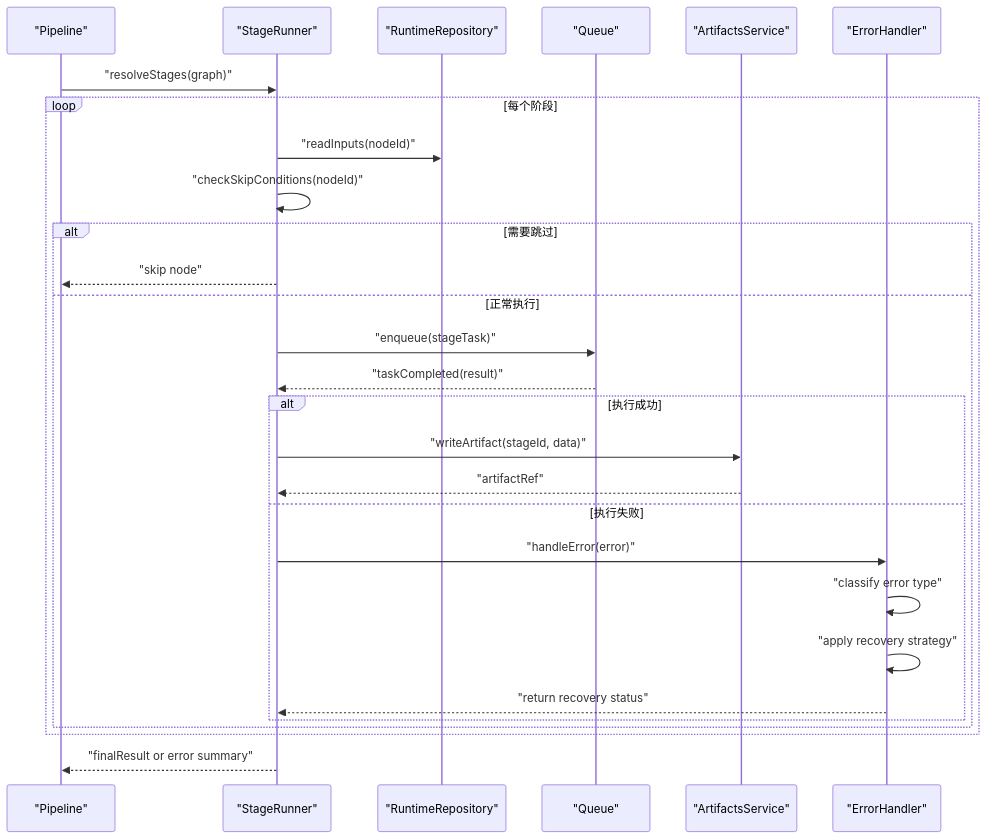
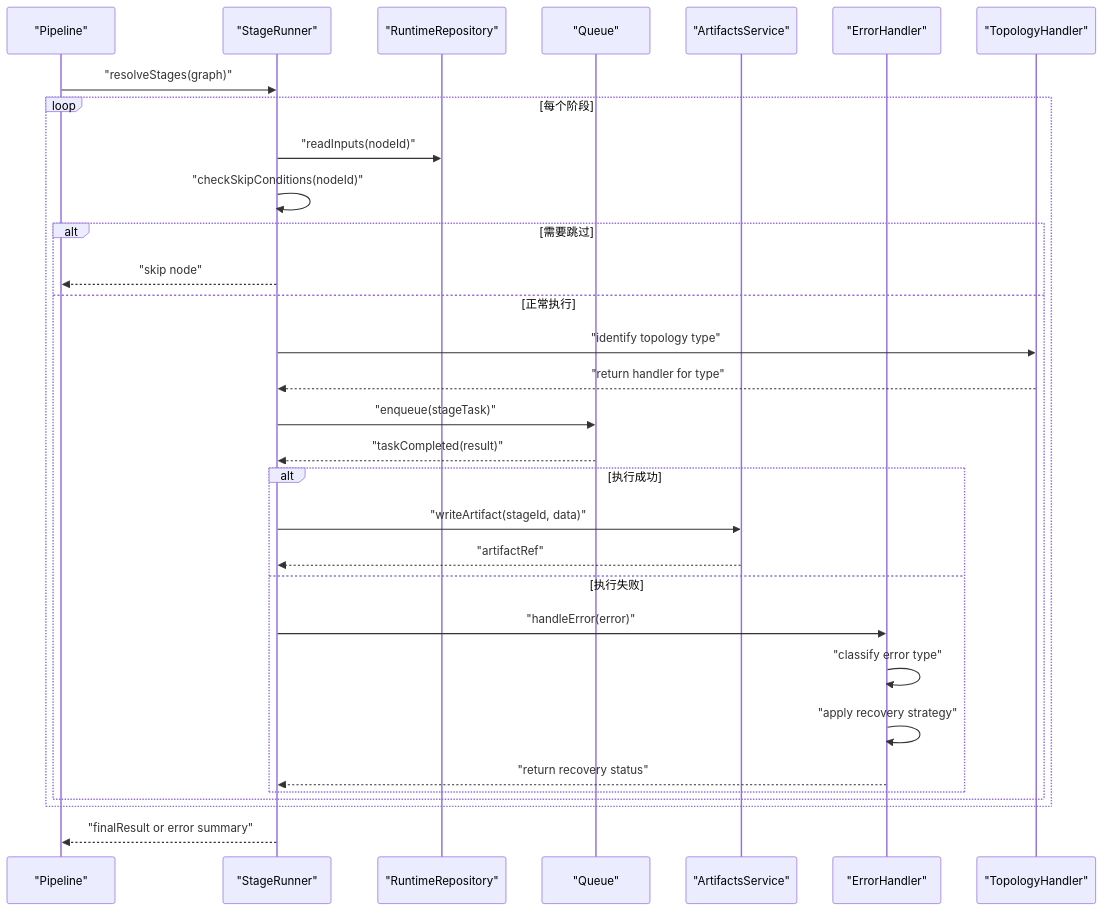
One commit to scottcwy/PurpleInk changed the ninth of 16 diagrams in .qoder/repowiki/zh/content/画布编辑器/画布编辑器.md. Above: the diagram before and after it, drawn with Mermaid. The commit also changed other lines of this file and 29 other files, not shown here.

````diff
--- a/.qoder/repowiki/zh/content/画布编辑器/画布编辑器.md
+++ b/.qoder/repowiki/zh/content/画布编辑器/画布编辑器.md
@@ -465,30 +544,33 @@
 ```mermaid
 sequenceDiagram
 participant Pipeline as "Pipeline"
 participant Runner as "StageRunner"
 participant Repo as "RuntimeRepository"
 participant Queue as "Queue"
 participant Artifacts as "ArtifactsService"
 participant ErrorHandler as "ErrorHandler"
+participant TopologyHandler as "TopologyHandler"
 Pipeline->>Runner : "resolveStages(graph)"
 loop 每个阶段
 Runner->>Repo : "readInputs(nodeId)"
 Runner->>Runner : "checkSkipConditions(nodeId)"
 alt 需要跳过
 Runner-->>Pipeline : "skip node"
 else 正常执行
+Runner->>TopologyHandler : "identify topology type"
+TopologyHandler-->>Runner : "return handler for type"
 Runner->>Queue : "enqueue(stageTask)"
 Queue-->>Runner : "taskCompleted(result)"
 alt 执行成功
 Runner->>Artifacts : "writeArtifact(stageId, data)"
 Artifacts-->>Runner : "artifactRef"
 else 执行失败
 Runner->>ErrorHandler : "handleError(error)"
 ErrorHandler->>ErrorHandler : "classify error type"
 ErrorHandler->>ErrorHandler : "apply recovery strategy"
 ErrorHandler-->>Runner : "return recovery status"
 end
 end
 end
 Runner-->>Pipeline : "finalResult or error summary"
 ```
````
